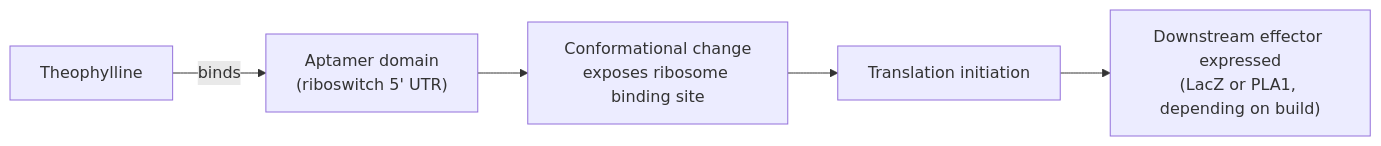
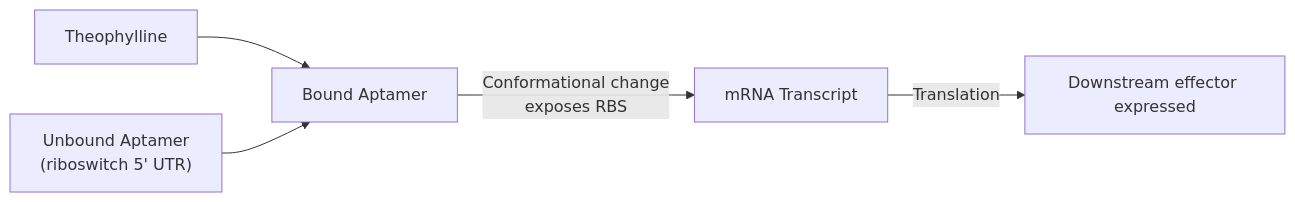
The diagram in docs/modules/detector-theophylline/spec.md (nucleus-eng/nucleus-docs), drawn with Mermaid before and after one commit. The commit also changed other lines of this file and 7 other files, not shown here.

````diff
--- a/docs/modules/detector-theophylline/spec.md
+++ b/docs/modules/detector-theophylline/spec.md
@@ -52,7 +24,7 @@
 ```mermaid
 flowchart LR
-    T["Theophylline"] -->|binds| A["Aptamer domain<br/>(riboswitch 5' UTR)"]
-    A --> C["Conformational change<br/>exposes ribosome binding site"]
-    C --> R["Translation initiation"]
-    R --> E["Downstream effector expressed<br/>(LacZ or PLA1, depending on build)"]
+    T["Theophylline"] --> BOUND
+	FREE["Unbound Aptamer<br/>(riboswitch 5' UTR)"] --> BOUND
+	BOUND["Bound Aptamer"] -->|"Conformational change<br/>exposes RBS"| ACTIVE 
+	ACTIVE["mRNA Transcript"] -->|"Translation"| E["Downstream effector expressed"]
 ```
````
